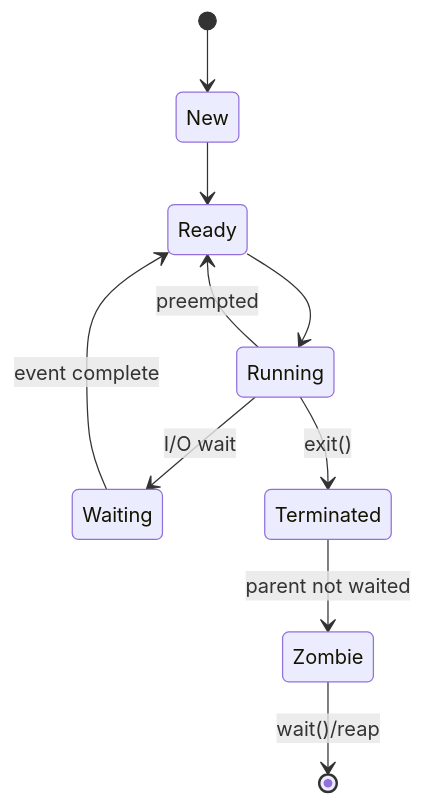
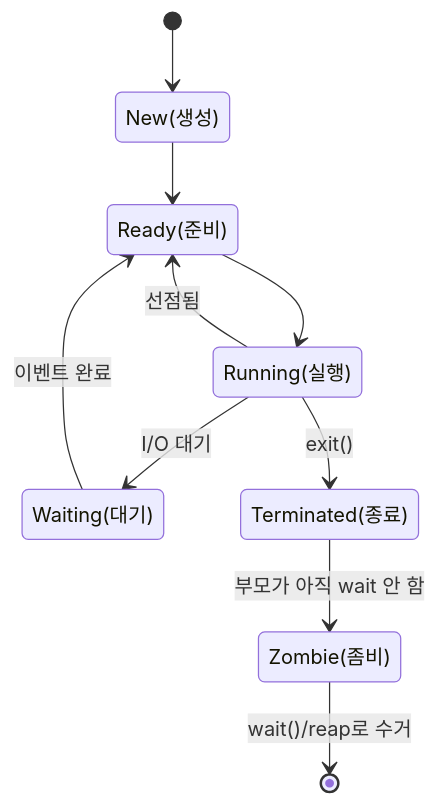
One commit to mandoobox/mandoobox.github.io changed the fourth of 37 diagrams in _posts/cs-note/2026-02-27-os.md. Above: the diagram before and after it, drawn with Mermaid. The commit also changed other lines of this file and 18 other files, not shown here.

````diff
--- a/_posts/cs-note/2026-02-27-os.md
+++ b/_posts/cs-note/2026-02-27-os.md
@@ -104,12 +104,18 @@
 ```mermaid
 stateDiagram-v2
+  state "New(생성)" as New
+  state "Ready(준비)" as Ready
+  state "Running(실행)" as Running
+  state "Waiting(대기)" as Waiting
+  state "Terminated(종료)" as Terminated
+  state "Zombie(좀비)" as Zombie
   [*] --> New
   New --> Ready
   Ready --> Running
-  Running --> Ready: preempted
-  Running --> Waiting: I/O wait
-  Waiting --> Ready: event complete
+  Running --> Ready: 선점됨
+  Running --> Waiting: I/O 대기
+  Waiting --> Ready: 이벤트 완료
   Running --> Terminated: exit()
-  Terminated --> Zombie: parent not waited
-  Zombie --> [*]: wait()/reap
+  Terminated --> Zombie: 부모가 아직 wait 안 함
+  Zombie --> [*]: wait()/reap로 수거
 ```
````
